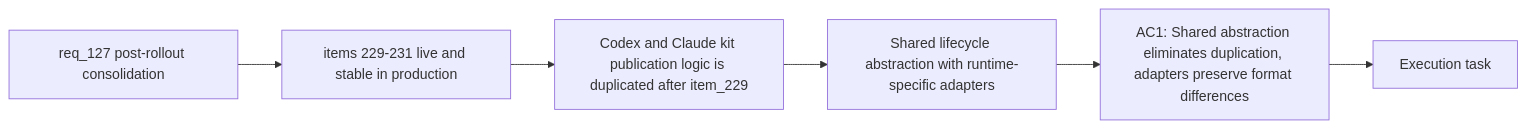
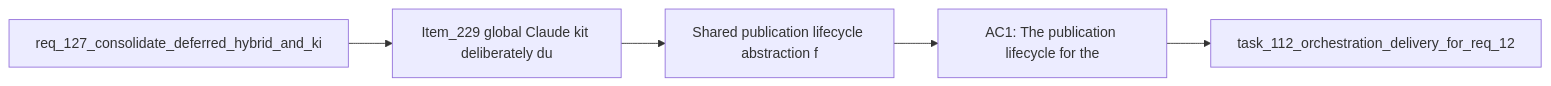
Before and after one commit to AlexAgo83/logics-manager: the diagram in logics/backlog/item_235_shared_publication_lifecycle_abstraction_for_codex_and_claude_global_kit.md, drawn with Mermaid. The commit also changed other lines of this file and 481 other files, not shown here.

````diff
--- a/logics/backlog/item_235_shared_publication_lifecycle_abstraction_for_codex_and_claude_global_kit.md
+++ b/logics/backlog/item_235_shared_publication_lifecycle_abstraction_for_codex_and_claude_global_kit.md
@@ -24,10 +24,9 @@
 ```mermaid
 %% logics-kind: backlog
 %% logics-signature: backlog|shared-publication-lifecycle-abstraction|req-127-consolidate-deferred-hybrid-and-|item-229-global-claude-kit-deliberately-|ac1-the-publication-lifecycle-for-the
 flowchart LR
-    Request[req_127 post-rollout consolidation] --> Prerequisite[items 229-231 live and stable in production]
-    Prerequisite --> Problem[Codex and Claude kit publication logic is duplicated after item_229]
-    Problem --> Scope[Shared lifecycle abstraction with runtime-specific adapters]
-    Scope --> AC1[AC1: Shared abstraction eliminates duplication, adapters preserve format differences]
-    AC1 --> Tasks[Execution task]
+    Request[req_127_consolidate_deferred_hybrid_and_ki] --> Problem[Item_229 global Claude kit deliberately du]
+    Problem --> Scope[Shared publication lifecycle abstraction f]
+    Scope --> Acceptance[AC1: The publication lifecycle for the]
+    Acceptance --> Tasks[task_112_orchestration_delivery_for_req_12]
 ```
````
